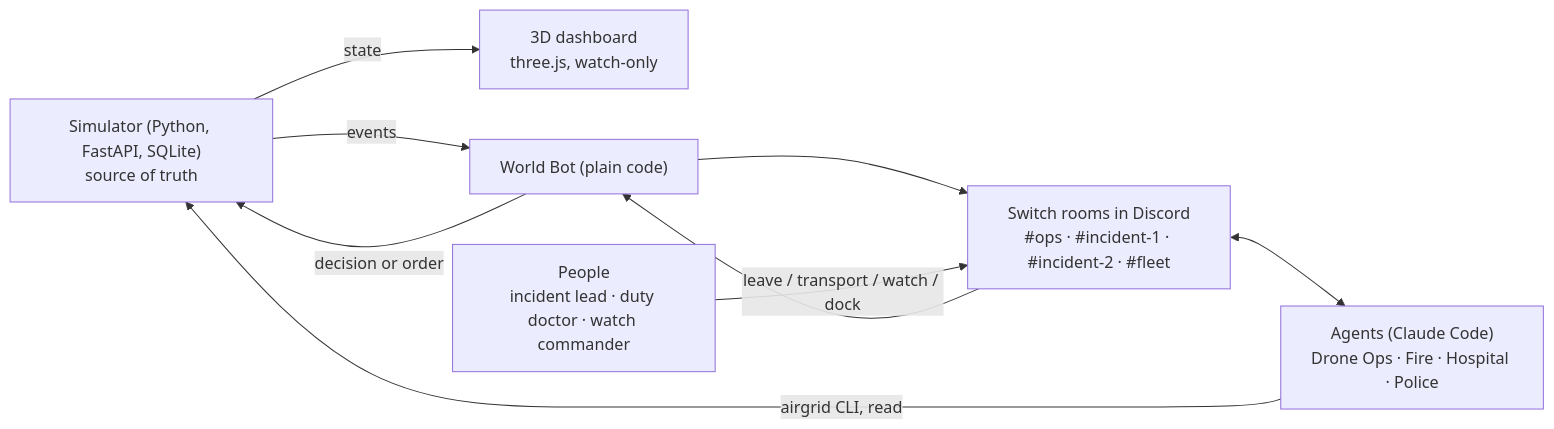
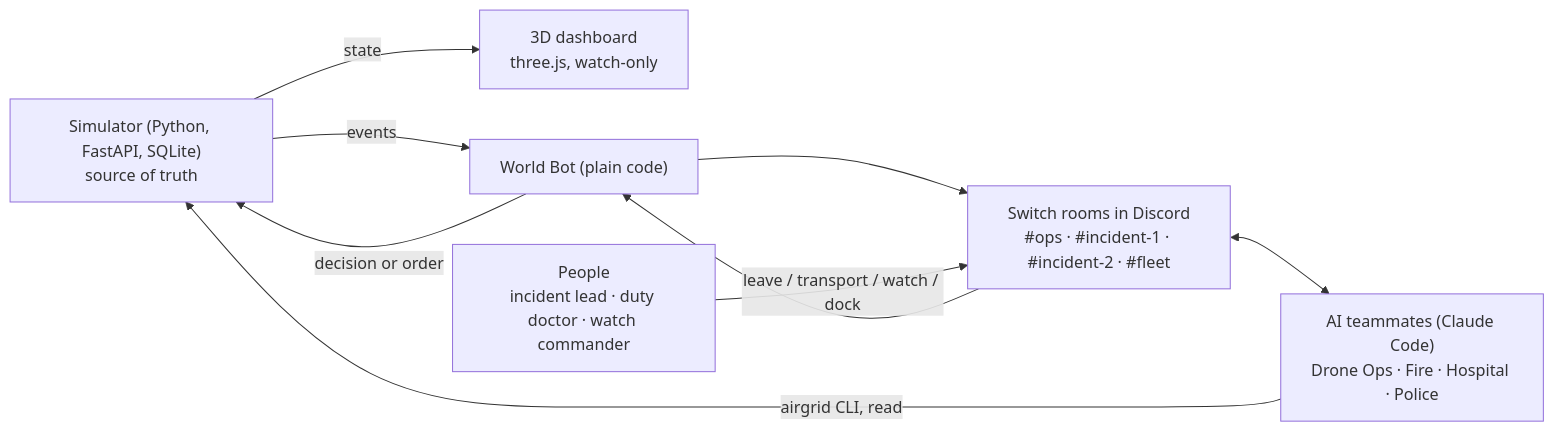
The diagram in README.md (Aadarsh805/airgrid-switch), drawn with Mermaid before and after one commit. The commit also changed other lines of this file and 4 other files, not shown here.

````diff
--- a/README.md
+++ b/README.md
@@ -109,14 +191,14 @@
 ```mermaid
 flowchart LR
   SIM["Simulator (Python, FastAPI, SQLite)<br/>source of truth"]
   DASH["3D dashboard<br/>three.js, watch-only"]
   BOT["World Bot (plain code)"]
   ROOMS["Switch rooms in Discord<br/>#ops · #incident-1 · #incident-2 · #fleet"]
-  AG["Agents (Claude Code)<br/>Drone Ops · Fire · Hospital · Police"]
+  AG["AI teammates (Claude Code)<br/>Drone Ops · Fire · Hospital · Police"]
   P["People<br/>incident lead · duty doctor · watch commander"]
   SIM -->|state| DASH
   SIM -->|events| BOT --> ROOMS
   ROOMS <--> AG
   AG -->|airgrid CLI, read| SIM
   P -->|leave / transport / watch / dock| ROOMS --> BOT -->|decision or order| SIM
 ```
````
